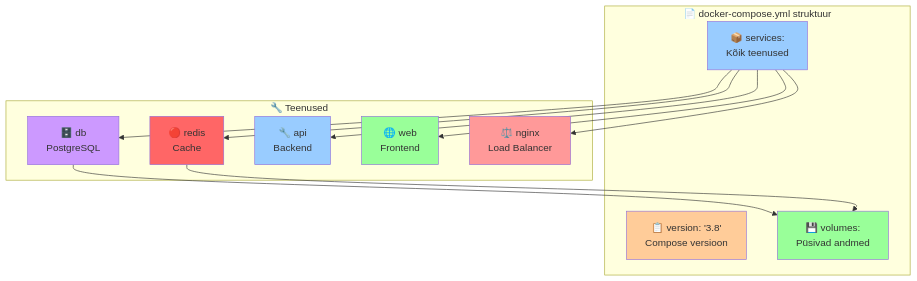
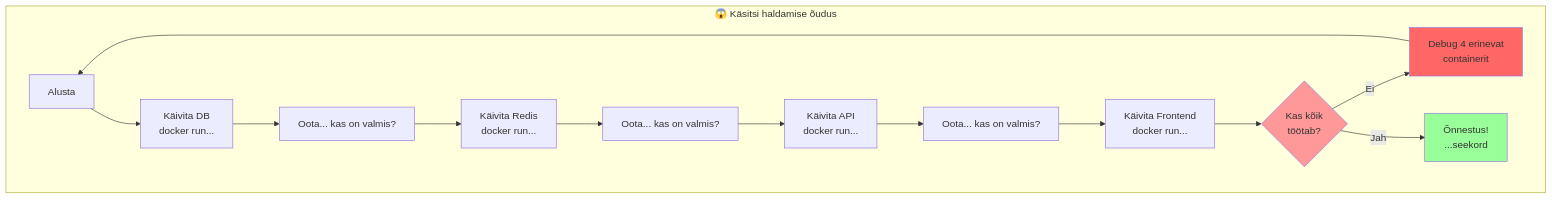
Before and after one commit to mtalvik/automatiseerimine_ext: the first of 12 diagrams in docker_orchestration/lecture.md, drawn with Mermaid. The commit also changed other lines of this file, not shown here.

````diff
--- a/docker_orchestration/lecture.md
+++ b/docker_orchestration/lecture.md
@@ -235,34 +62,32 @@
 ```mermaid
-graph TB
-    subgraph "📄 docker-compose.yml struktuur"
-        Version[📋 version: '3.8'<br/>Compose versioon]
-        Services[📦 services:<br/>Kõik teenused]
-        Volumes[💾 volumes:<br/>Püsivad andmed]
+graph TD
+    subgraph "😱 Käsitsi haldamise õudus"
+        Start[Alusta]
+        DB[Käivita DB<br/>docker run...]
+        Wait1[Oota... kas on valmis?]
+        Redis[Käivita Redis<br/>docker run...]
+        Wait2[Oota... kas on valmis?]
+        API[Käivita API<br/>docker run...]
+        Wait3[Oota... kas on valmis?]
+        Frontend[Käivita Frontend<br/>docker run...]
+        Error{Kas kõik<br/>töötab?}
+        Debug[Debug 4 erinevat<br/>containerit]
+        Success[Õnnestus!<br/>...seekord]
     end
     
-    subgraph "🔧 Teenused"
-        DB[🗄️ db<br/>PostgreSQL]
-        Redis[🔴 redis<br/>Cache]
-        API[🔧 api<br/>Backend]
-        Web[🌐 web<br/>Frontend]
-        Nginx[⚖️ nginx<br/>Load Balancer]
-    end
+    Start --> DB
+    DB --> Wait1
+    Wait1 --> Redis
+    Redis --> Wait2
+    Wait2 --> API
+    API --> Wait3
+    Wait3 --> Frontend
+    Frontend --> Error
+    Error -->|Ei| Debug
+    Debug --> Start
+    Error -->|Jah| Success
     
-    Services --> DB
-    Services --> Redis
-    Services --> API
-    Services --> Web
-    Services --> Nginx
-    
-    DB --> Volumes
-    Redis --> Volumes
-    
-    style Version fill:#ffcc99
-    style Services fill:#99ccff
-    style Volumes fill:#99ff99
-    style DB fill:#cc99ff
-    style Redis fill:#ff6666
-    style API fill:#99ccff
-    style Web fill:#99ff99
-    style Nginx fill:#ff9999
+    style Error fill:#ff9999
+    style Debug fill:#ff6666
+    style Success fill:#99ff99
 ```
````
